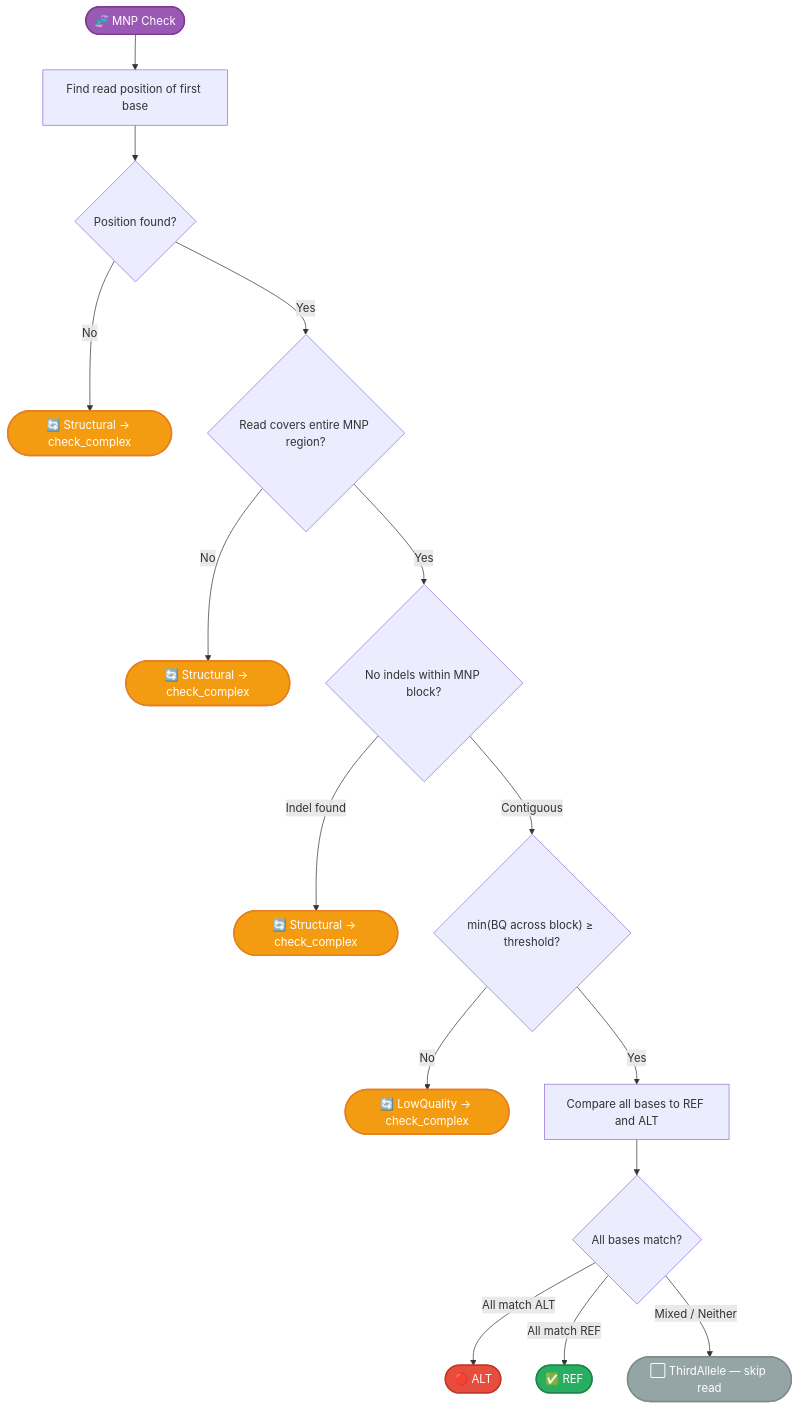
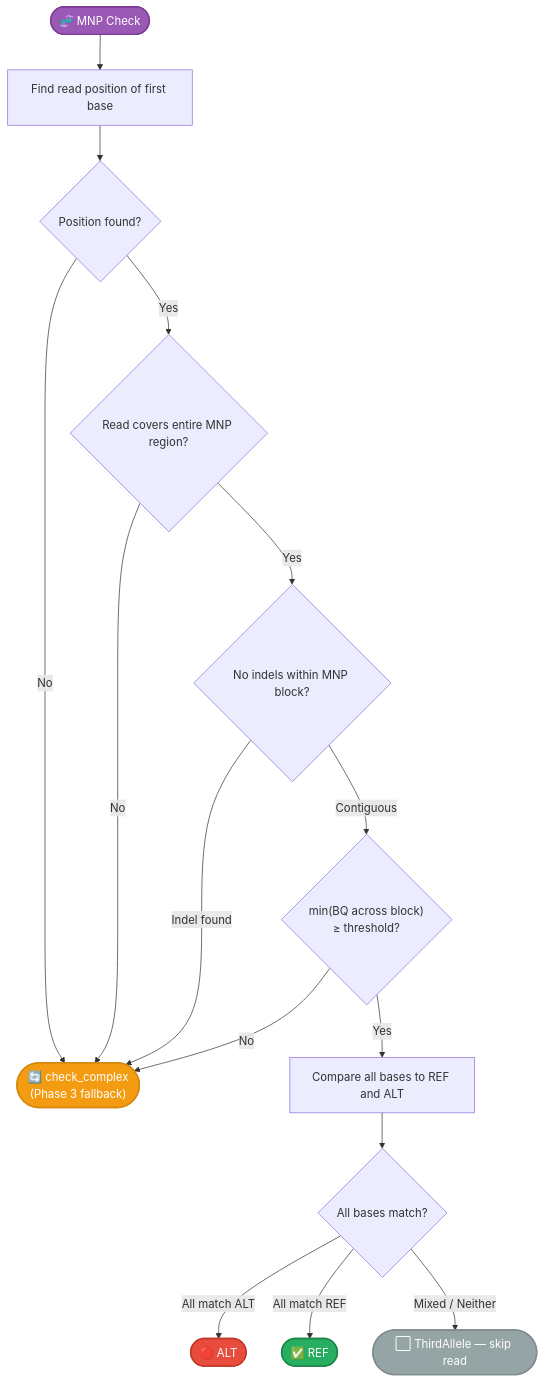
The eighth of 12 diagrams in docs/reference/allele-classification.md (msk-access/gbcms), drawn with Mermaid before and after one commit. The commit also changed other lines of this file and 2 other files, not shown here.

First line of the commit message:
docs: batch 1+2 mermaid diagram improvements

````diff
--- a/docs/reference/allele-classification.md
+++ b/docs/reference/allele-classification.md
@@ -350,26 +384,25 @@
 ```mermaid
 flowchart TD
-    Start([🧬 MNP Check]):::start --> Find[Find read position of first base]
-    Find --> Found{Position found?}
-    Found -->|No| Structural1([🔄 Structural → check_complex]):::fallback
-    Found -->|Yes| Cover{Read covers entire MNP region?}
-    Cover -->|No| Structural2([🔄 Structural → check_complex]):::fallback
-    Cover -->|Yes| Contig{No indels within MNP block?}
+    Start(["🧬 MNP Check"]):::start --> Find["Find read position of first base"]
+    Find --> Found{"Position found?"}
+    Found -->|No| CPX
+    Found -->|Yes| Cover{"Read covers entire MNP region?"}
+    Cover -->|No| CPX
+    Cover -->|Yes| Contig{"No indels within MNP block?"}
+    Contig -->|"Indel found"| CPX
+    Contig -->|"Contiguous"| MinBQ{"min(BQ across block)\n≥ threshold?"}
+    MinBQ -->|No| CPX
+    MinBQ -->|Yes| Compare["Compare all bases to REF and ALT"]
+    Compare --> Final{"All bases match?"}
+    Final -->|"All match ALT"| Alt(["🔴 ALT"]):::alt
+    Final -->|"All match REF"| Ref(["✅ REF"]):::ref
+    Final -->|"Mixed / Neither"| Neither(["⬜ ThirdAllele — skip read"]):::neither
 
-    Contig -->|Indel found| Structural3([🔄 Structural → check_complex]):::fallback
-    Contig -->|Contiguous| MinBQ{"min(BQ across block) ≥ threshold?"}
-
-    MinBQ -->|No| LowQ(["🔄 LowQuality → check_complex"]):::fallback
-    MinBQ -->|Yes| Compare[Compare all bases to REF and ALT]
-
-    Compare --> Final{All bases match?}
-    Final -->|All match ALT| Alt([🔴 ALT]):::alt
-    Final -->|All match REF| Ref([✅ REF]):::ref
-    Final -->|Mixed / Neither| Third([⬜ ThirdAllele — skip read]):::neither
+    CPX(["🔄 check_complex\n(Phase 3 fallback)"]):::fallback
 
     classDef start fill:#9b59b6,color:#fff,stroke:#7d3c98,stroke-width:2px;
     classDef ref fill:#27ae60,color:#fff,stroke:#1e8449,stroke-width:2px;
     classDef alt fill:#e74c3c,color:#fff,stroke:#c0392b,stroke-width:2px;
     classDef neither fill:#95a5a6,color:#fff,stroke:#7f8c8d,stroke-width:2px;
-    classDef fallback fill:#f39c12,color:#fff,stroke:#e67e22,stroke-width:2px;
+    classDef fallback fill:#f39c12,color:#fff,stroke:#d68910,stroke-width:2px;
 ```
````
